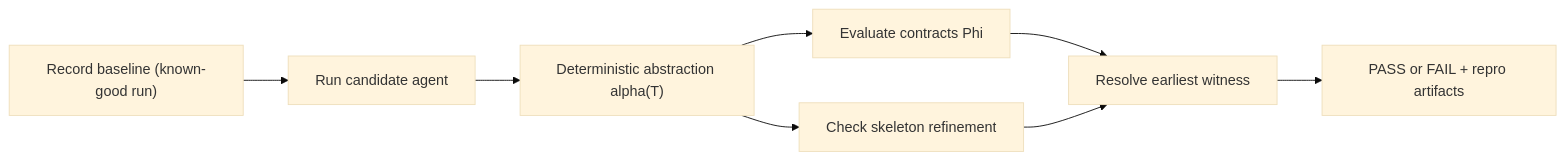
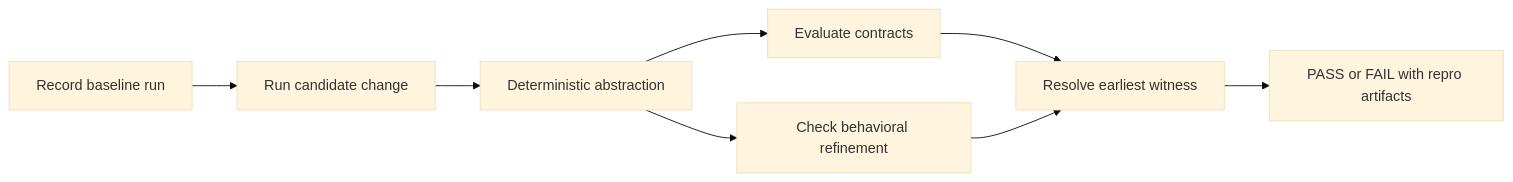
Before and after one commit to trajectly/trajectly: the diagram in README.md, drawn with Mermaid (base theme). The commit also changed other lines of this file and 59 other files, not shown here.

````diff
--- a/README.md
+++ b/README.md
@@ -18,10 +28,10 @@
 ```mermaid
 flowchart LR
-    recordBaseline["Record baseline (known-good run)"] --> runCandidate["Run candidate agent"]
-    runCandidate --> abstractTrace["Deterministic abstraction alpha(T)"]
-    abstractTrace --> checkContracts["Evaluate contracts Phi"]
-    abstractTrace --> checkRefinement["Check skeleton refinement"]
-    checkContracts --> resolveWitness["Resolve earliest witness"]
-    checkRefinement --> resolveWitness
-    resolveWitness --> verdict["PASS or FAIL + repro artifacts"]
+    recordBaseline["Record baseline run"] --> runCandidate["Run candidate change"]
+    runCandidate --> abstraction["Deterministic abstraction"]
+    abstraction --> contracts["Evaluate contracts"]
+    abstraction --> refinement["Check behavioral refinement"]
+    contracts --> witness["Resolve earliest witness"]
+    refinement --> witness
+    witness --> verdict["PASS or FAIL with repro artifacts"]
 ```
````
